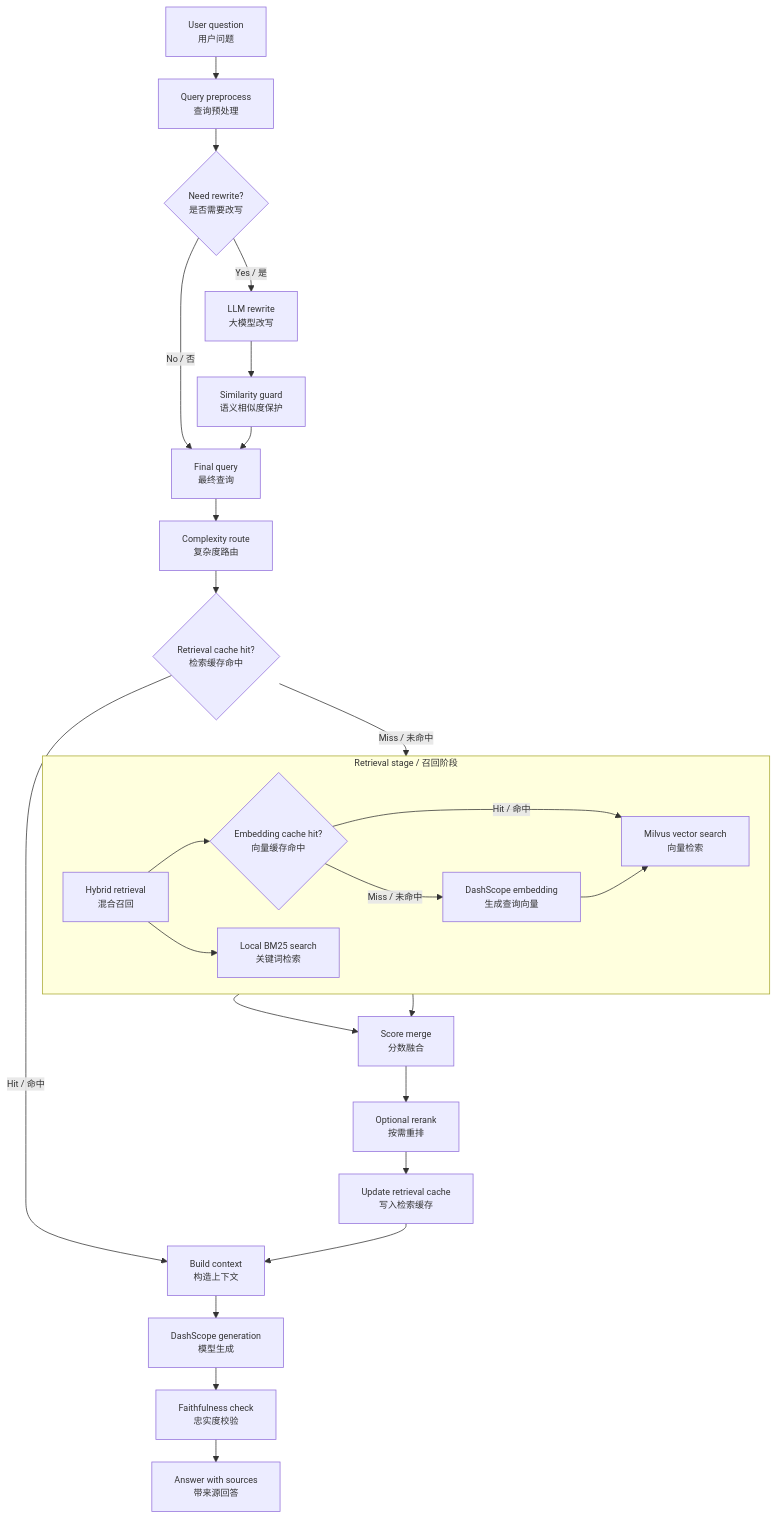
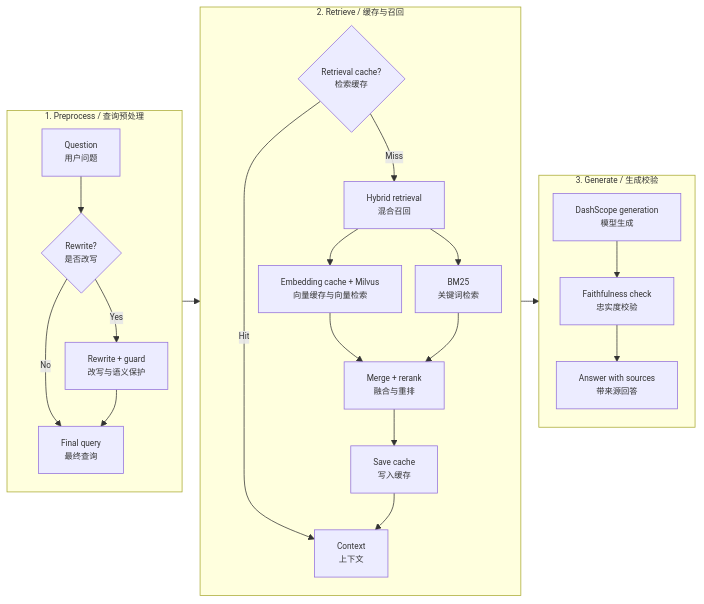
Before and after one commit to ember056/devassist-agent: the third of 4 diagrams in README.md, drawn with Mermaid. The commit also changed other lines of this file, not shown here.

Commit message:
docs: compact rag flow diagram

````diff
--- a/README.md
+++ b/README.md
@@ -109,34 +109,33 @@
 ```mermaid
-%%{init: {"themeVariables": {"fontSize": "12px"}, "flowchart": {"nodeSpacing": 24, "rankSpacing": 30}}}%%
-flowchart TD
-    Q["User question<br/>用户问题"] --> PRE["Query preprocess<br/>查询预处理"]
-    PRE --> GATE{"Need rewrite?<br/>是否需要改写"}
-    GATE -- "No / 否" --> FINAL["Final query<br/>最终查询"]
-    GATE -- "Yes / 是" --> REWRITE["LLM rewrite<br/>大模型改写"]
-    REWRITE --> GUARD["Similarity guard<br/>语义相似度保护"]
-    GUARD --> FINAL
-
-    FINAL --> ROUTE["Complexity route<br/>复杂度路由"]
-    ROUTE --> RCACHE{"Retrieval cache hit?<br/>检索缓存命中"}
-    RCACHE -- "Hit / 命中" --> CTX["Build context<br/>构造上下文"]
-    RCACHE -- "Miss / 未命中" --> HYBRID["Hybrid retrieval<br/>混合召回"]
-
-    subgraph Retrieval["Retrieval stage / 召回阶段"]
-        direction LR
-        HYBRID --> ECACHE{"Embedding cache hit?<br/>向量缓存命中"}
-        ECACHE -- "Hit / 命中" --> VEC["Milvus vector search<br/>向量检索"]
-        ECACHE -- "Miss / 未命中" --> EMB["DashScope embedding<br/>生成查询向量"]
-        EMB --> VEC
-        HYBRID --> BM25["Local BM25 search<br/>关键词检索"]
+%%{init: {"themeVariables": {"fontSize": "11px"}, "flowchart": {"nodeSpacing": 18, "rankSpacing": 24}}}%%
+flowchart LR
+    subgraph P["1. Preprocess / 查询预处理"]
+        direction TB
+        Q["Question<br/>用户问题"] --> GATE{"Rewrite?<br/>是否改写"}
+        GATE -- "No" --> FQ["Final query<br/>最终查询"]
+        GATE -- "Yes" --> RW["Rewrite + guard<br/>改写与语义保护"]
+        RW --> FQ
     end
 
-    VEC --> MERGE["Score merge<br/>分数融合"]
-    BM25 --> MERGE
-    MERGE --> RERANK["Optional rerank<br/>按需重排"]
-    RERANK --> SAVE["Update retrieval cache<br/>写入检索缓存"]
-    SAVE --> CTX
+    subgraph R["2. Retrieve / 缓存与召回"]
+        direction TB
+        CACHE{"Retrieval cache?<br/>检索缓存"}
+        CACHE -- "Hit" --> CTX["Context<br/>上下文"]
+        CACHE -- "Miss" --> HY["Hybrid retrieval<br/>混合召回"]
+        HY --> VEC["Embedding cache + Milvus<br/>向量缓存与向量检索"]
+        HY --> BM25["BM25<br/>关键词检索"]
+        VEC --> MERGE["Merge + rerank<br/>融合与重排"]
+        BM25 --> MERGE
+        MERGE --> SAVE["Save cache<br/>写入缓存"]
+        SAVE --> CTX
+    end
 
-    CTX --> LLM["DashScope generation<br/>模型生成"]
-    LLM --> FAITH["Faithfulness check<br/>忠实度校验"]
-    FAITH --> OUT["Answer with sources<br/>带来源回答"]
+    subgraph G["3. Generate / 生成校验"]
+        direction TB
+        LLM["DashScope generation<br/>模型生成"] --> FAITH["Faithfulness check<br/>忠实度校验"]
+        FAITH --> OUT["Answer with sources<br/>带来源回答"]
+    end
+
+    FQ --> CACHE
+    CTX --> LLM
 ```
````
